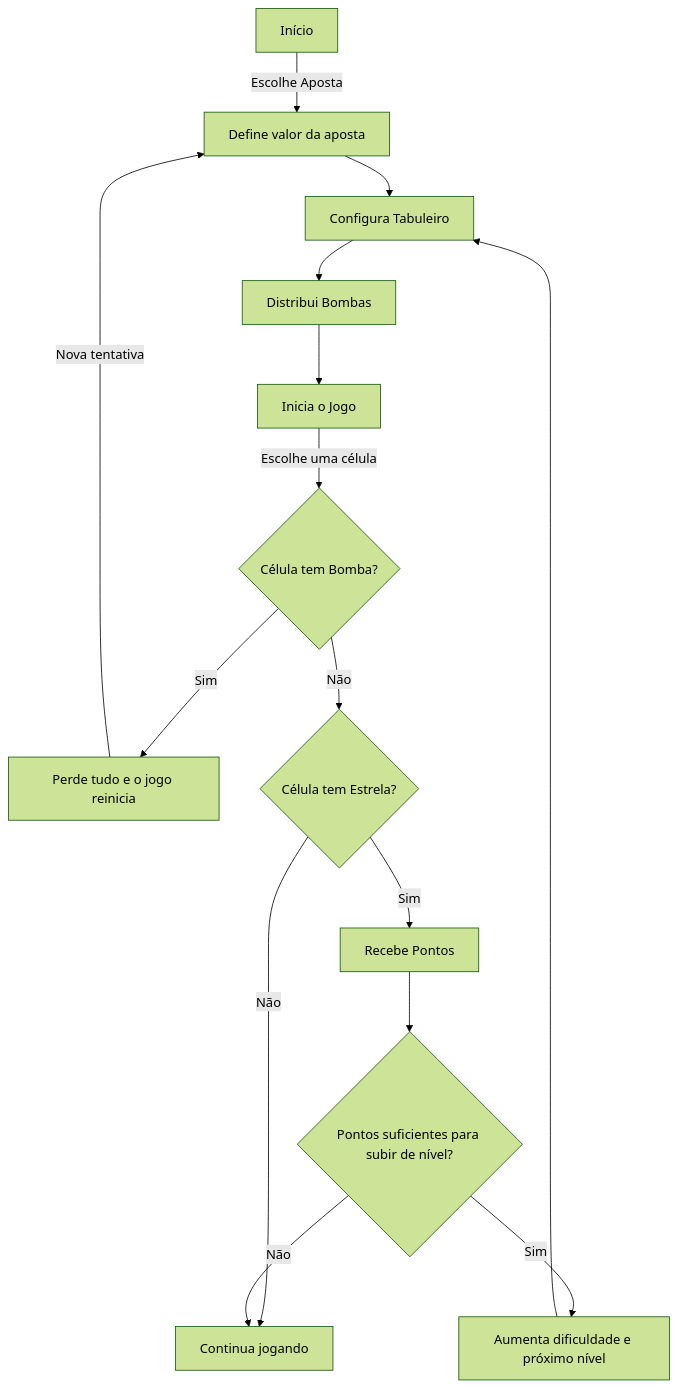
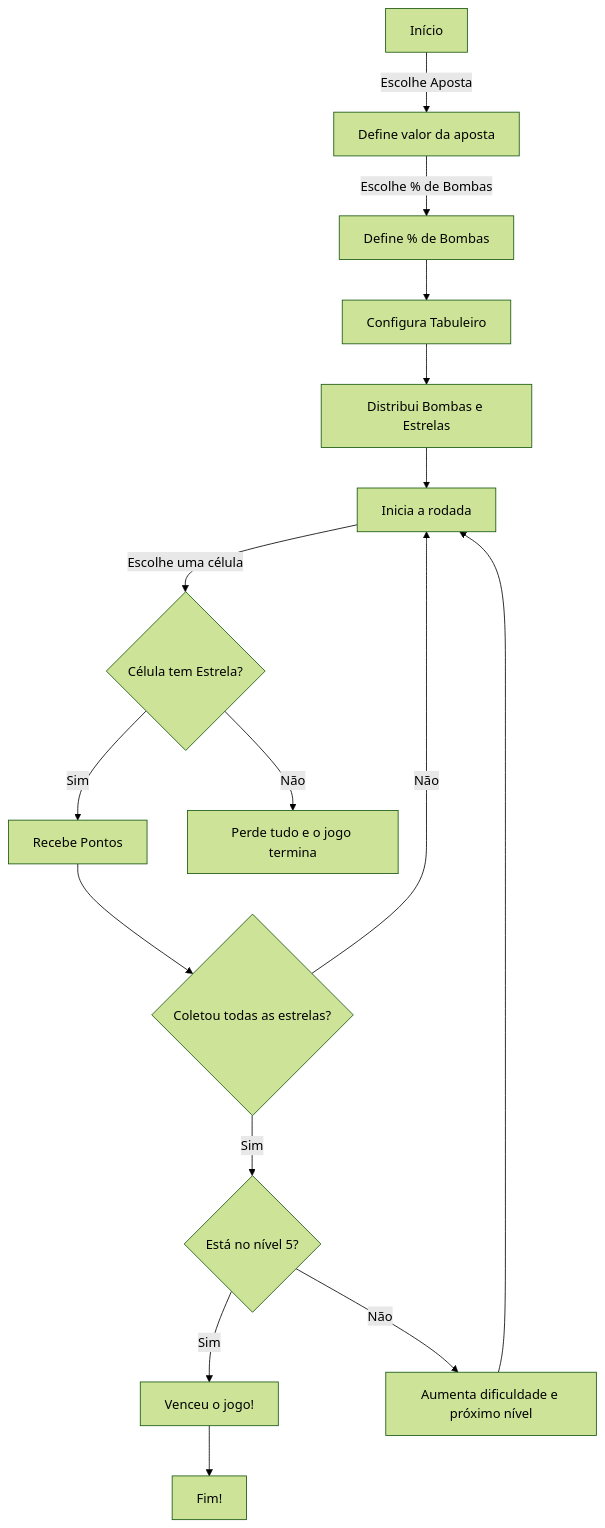
One commit to vitoriabarbosa/jala-bet changed the diagram in README.md. Above: the diagram before and after it, drawn with Mermaid (forest theme). The commit also changed other lines of this file and 6 other files, not shown here.

````diff
--- a/README.md
+++ b/README.md
@@ -65,18 +97,24 @@
 ```mermaid
 flowchart TD
     A[Início] -->|Escolhe Aposta| B[Define valor da aposta]
-    B --> C[Configura Tabuleiro]
-    C --> D[Distribui Bombas]
-    D --> E[Inicia o Jogo]
-    E -->|Escolhe uma célula| F{Célula tem Bomba?}
-    F -- Sim --> G[Perde tudo e o jogo reinicia]
-    F -- Não --> H{Célula tem Estrela?}
-    H -- Sim --> I[Recebe Pontos]
-    H -- Não --> J[Continua jogando]
-    I --> K{Pontos suficientes para subir de nível?}
-    K -- Sim --> L[Aumenta dificuldade e próximo nível]
-    K -- Não --> J
-    G -->|Nova tentativa| B
-    L --> C
+    B -->|Escolhe % de Bombas| C[Define % de Bombas]
+    C --> D[Configura Tabuleiro]
+    D --> E[Distribui Bombas e Estrelas]
+    E --> F[Inicia a rodada]
+
+    F -->|Escolhe uma célula| G{Célula tem Estrela?}
+    G -- Sim --> H[Recebe Pontos]
+    G -- Não --> I[Perde tudo e o jogo termina]
+
+    H --> J{Coletou todas as estrelas?}
+    J -- Sim --> K{Está no nível 5?}
+    K -- Sim --> L[Venceu o jogo!]
+K -- Não --> M[Aumenta dificuldade e próximo nível]
+
+J -- Não --> F
+
+M --> F
+L --> N[Fim!]
+
 
 ```
````
